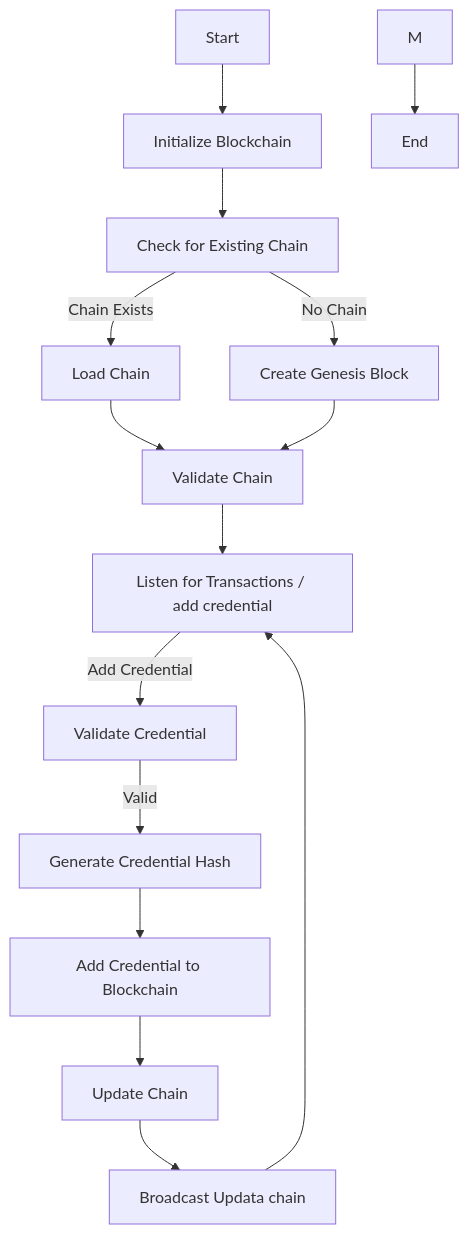
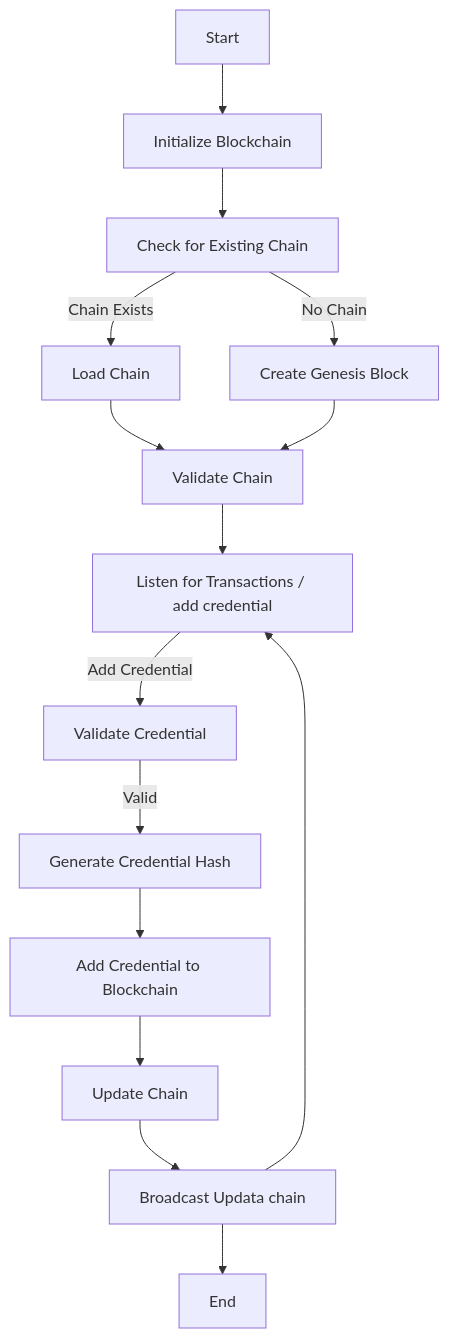
One commit to TsoiEn/softEng changed the diagram in README.md. Above: the diagram before and after it, drawn with Mermaid.

Commit message:
correction

````diff
--- a/README.md
+++ b/README.md
@@ -4,17 +4,17 @@
 ```mermaid
 flowchart TD
     A[Start] --> B[Initialize Blockchain]
     B --> C[Check for Existing Chain]
     C --> |Chain Exists| D[Load Chain]
     C --> |No Chain| E[Create Genesis Block]
     D --> F[Validate Chain]
     E --> F
     F --> G[Listen for Transactions / add credential]
     G --> |Add Credential| H[Validate Credential]
     H --> |Valid| I[Generate Credential Hash]
     I --> J[Add Credential to Blockchain]
     J --> K[Update Chain]
     K --> L[Broadcast Updata chain]
     L --> G
-    M --> N[End]
+    L --> M[End]
 ```
````
